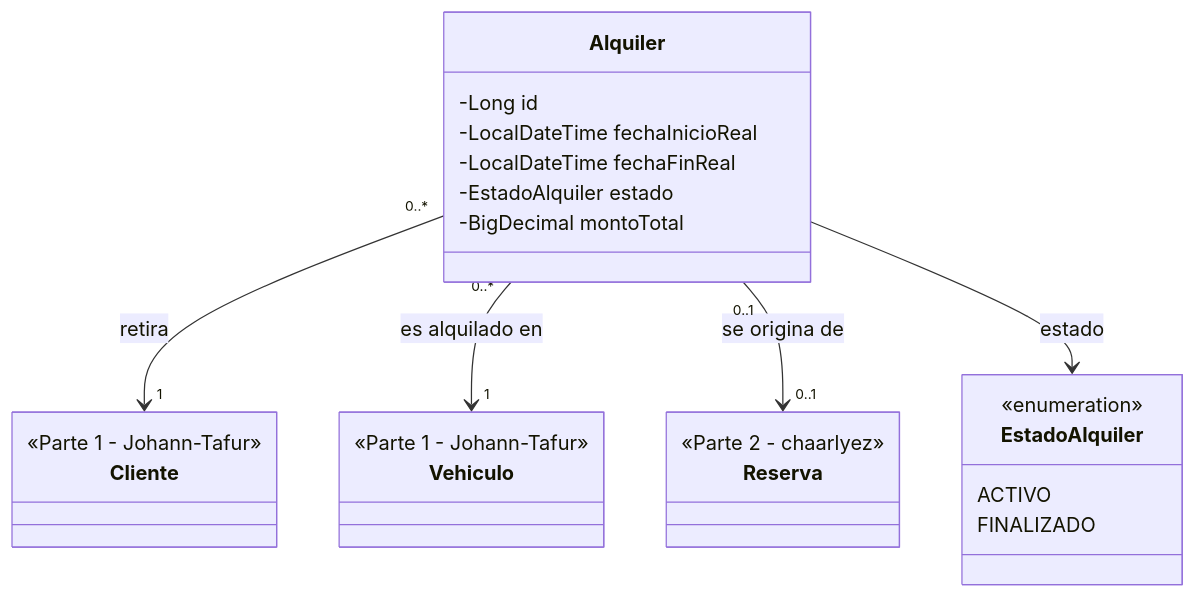
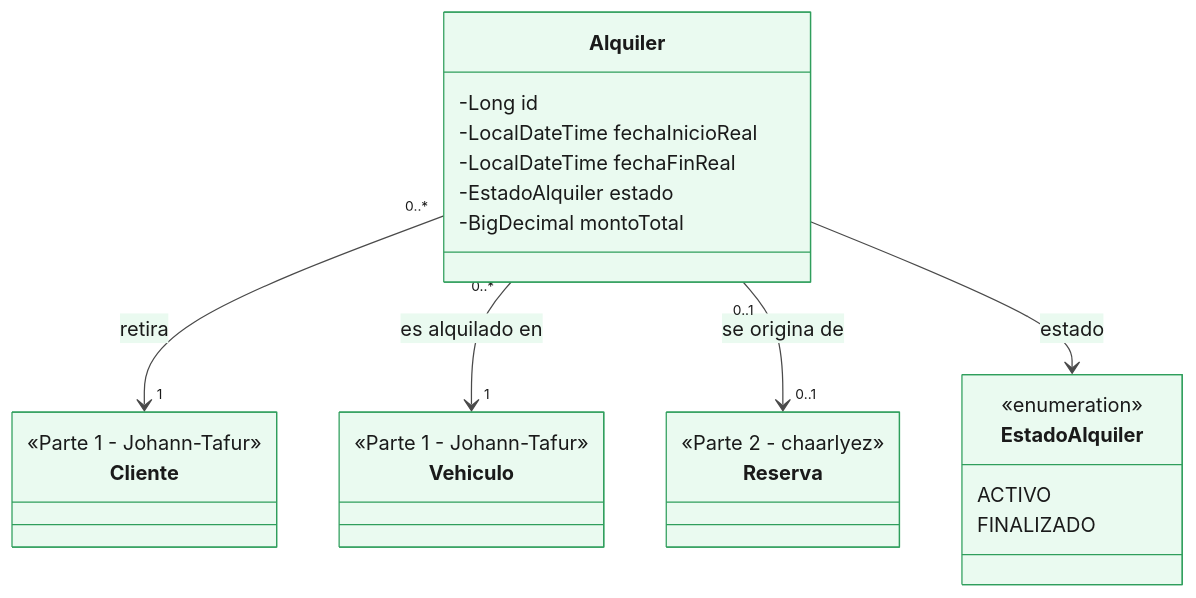
One commit to chaarlyez/Sistema_de_alquiler_de_veh-culos changed the second of 7 diagrams in docs/03-uml/03-alquileres-mariocardona970546.md. Above: the diagram before and after it, drawn with Mermaid. The commit also changed other lines of this file and 6 other files, not shown here.

First line of the commit message:
docs: colorear todos los diagramas Mermaid y cerrar observacion de notacion

````diff
--- a/docs/03-uml/03-alquileres-mariocardona970546.md
+++ b/docs/03-uml/03-alquileres-mariocardona970546.md
@@ -51,33 +66,50 @@
 ```mermaid
+%%{init: {'theme': 'base', 'themeVariables': {
+  'background': '#ffffff',
+  'primaryColor': '#eafaf0',
+  'primaryBorderColor': '#2f9e5c',
+  'primaryTextColor': '#1a1a1a',
+  'lineColor': '#4a4a4a',
+  'textColor': '#1a1a1a'
+}}}%%
 classDiagram
     class Alquiler {
         -Long id
         -LocalDateTime fechaInicioReal
         -LocalDateTime fechaFinReal
         -EstadoAlquiler estado
         -BigDecimal montoTotal
     }
 
     class EstadoAlquiler {
         <<enumeration>>
         ACTIVO
         FINALIZADO
     }
 
     class Cliente {
         <<Parte 1 - Johann-Tafur>>
     }
 
     class Vehiculo {
         <<Parte 1 - Johann-Tafur>>
     }
 
     class Reserva {
         <<Parte 2 - chaarlyez>>
     }
 
     Alquiler "0..*" --> "1" Cliente : retira
     Alquiler "0..*" --> "1" Vehiculo : es alquilado en
     Alquiler "0..1" --> "0..1" Reserva : se origina de
     Alquiler --> EstadoAlquiler : estado
+
+    classDef own fill:#eafaf0,stroke:#2f9e5c,color:#1a1a1a
+    classDef enum fill:#f3eaff,stroke:#7e3ff2,color:#1a1a1a
+    classDef other fill:#f0f0f0,stroke:#9aa5b1,color:#5a5a5a
+    class Alquiler:::own
+    class EstadoAlquiler:::enum
+    class Cliente:::other
+    class Vehiculo:::other
+    class Reserva:::other
 ```
````
